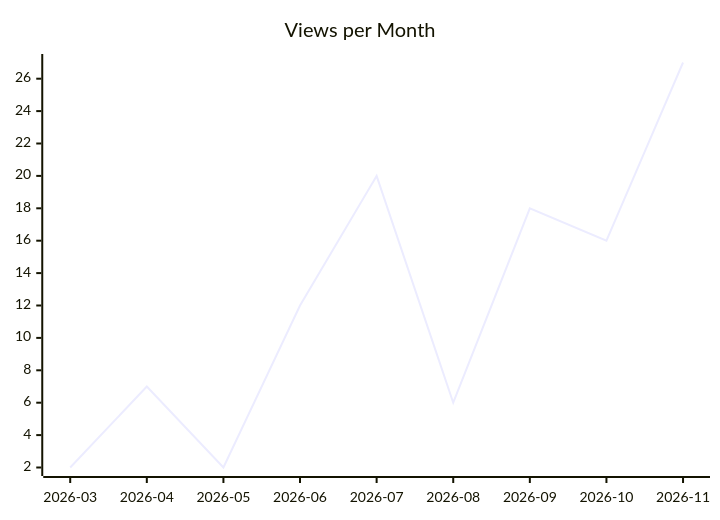
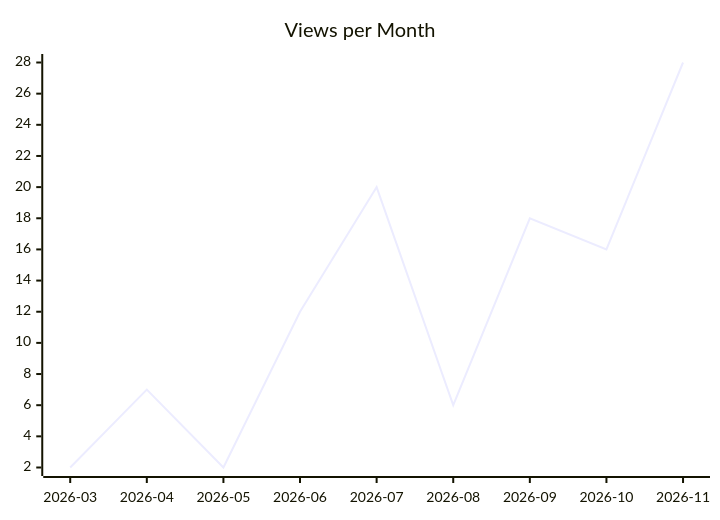
The second of 3 diagrams in karlmdavis/fhir-benchmarks/README.md (justdavis-family/github-analytics-data), drawn with Mermaid before and after one commit. The commit also changed other lines of this file and 199 other files, not shown here.

````diff
--- a/karlmdavis/fhir-benchmarks/README.md
+++ b/karlmdavis/fhir-benchmarks/README.md
@@ -12,6 +12,6 @@
 ```mermaid
 xychart-beta
   title "Views per Month"
   x-axis ["2026-03", "2026-04", "2026-05", "2026-06", "2026-07", "2026-08", "2026-09", "2026-10", "2026-11"]
-  line [2, 7, 2, 12, 20, 6, 18, 16, 27]
+  line [2, 7, 2, 12, 20, 6, 18, 16, 28]
 ```
````
